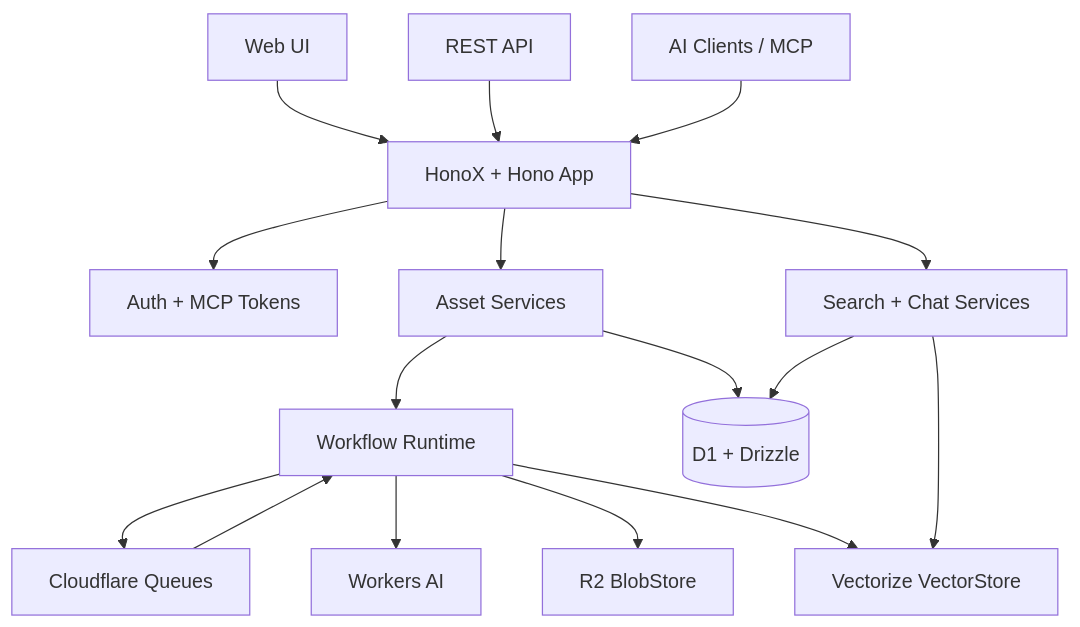
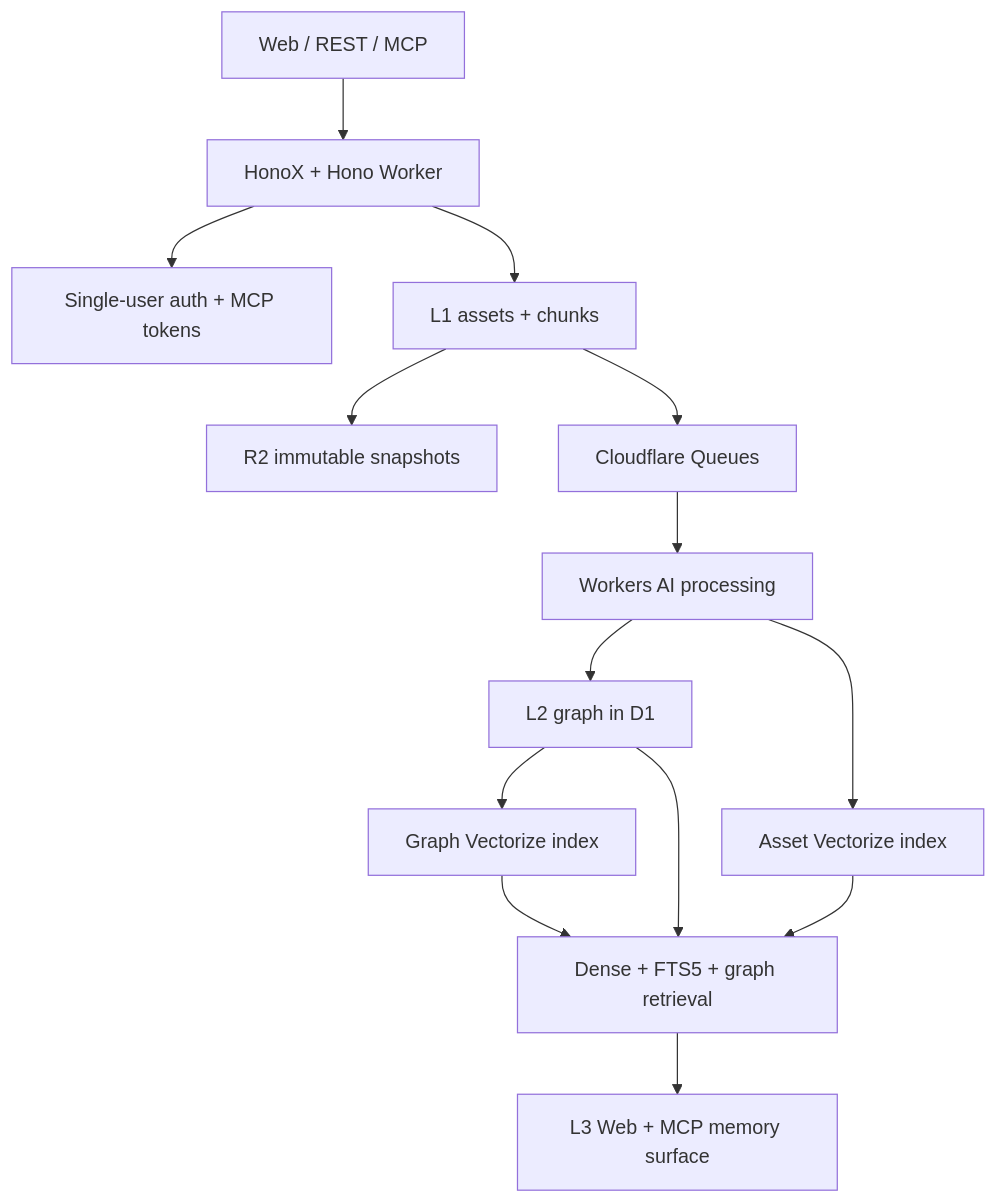
Before and after one commit to evepupil/CloudMind: the diagram in README.md, drawn with Mermaid. The commit also changed other lines of this file and 12 other files, not shown here.

````diff
--- a/README.md
+++ b/README.md
@@ -91,18 +95,16 @@
 ```mermaid
-graph TD
-    Browser["Web UI"] --> HonoX["HonoX + Hono App"]
-    API["REST API"] --> HonoX
-    MCP["AI Clients / MCP"] --> HonoX
-    HonoX --> Auth["Auth + MCP Tokens"]
-    HonoX --> Assets["Asset Services"]
-    HonoX --> Search["Search + Chat Services"]
-    Assets --> Workflows["Workflow Runtime"]
-    Workflows --> Queue["Cloudflare Queues"]
-    Workflows --> AI["Workers AI"]
-    Workflows --> Blob["R2 BlobStore"]
-    Workflows --> Vector["Vectorize VectorStore"]
-    Assets --> DB[("D1 + Drizzle")]
-    Search --> DB
-    Search --> Vector
-    Queue --> Workflows
+flowchart TD
+    Sources["Web / REST / MCP"] --> App["HonoX + Hono Worker"]
+    App --> Auth["Single-user auth + MCP tokens"]
+    App --> L1["L1 assets + chunks"]
+    L1 --> R2["R2 immutable snapshots"]
+    L1 --> Queue["Cloudflare Queues"]
+    Queue --> AI["Workers AI processing"]
+    AI --> L2["L2 graph in D1"]
+    AI --> AssetVectors["Asset Vectorize index"]
+    L2 --> GraphVectors["Graph Vectorize index"]
+    L2 --> Retrieval["Dense + FTS5 + graph retrieval"]
+    AssetVectors --> Retrieval
+    GraphVectors --> Retrieval
+    Retrieval --> L3["L3 Web + MCP memory surface"]
 ```
````
